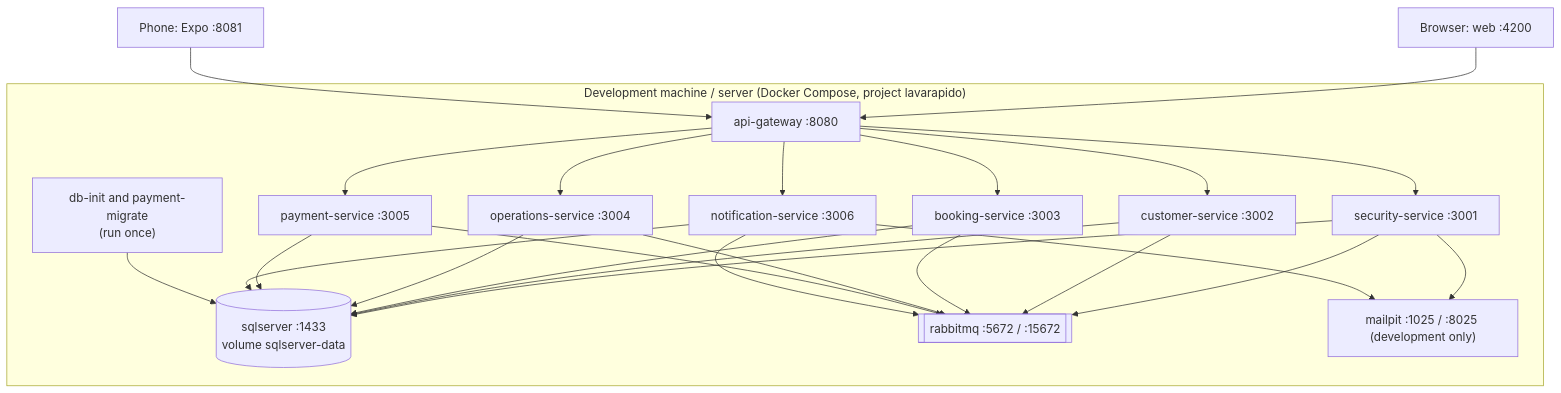
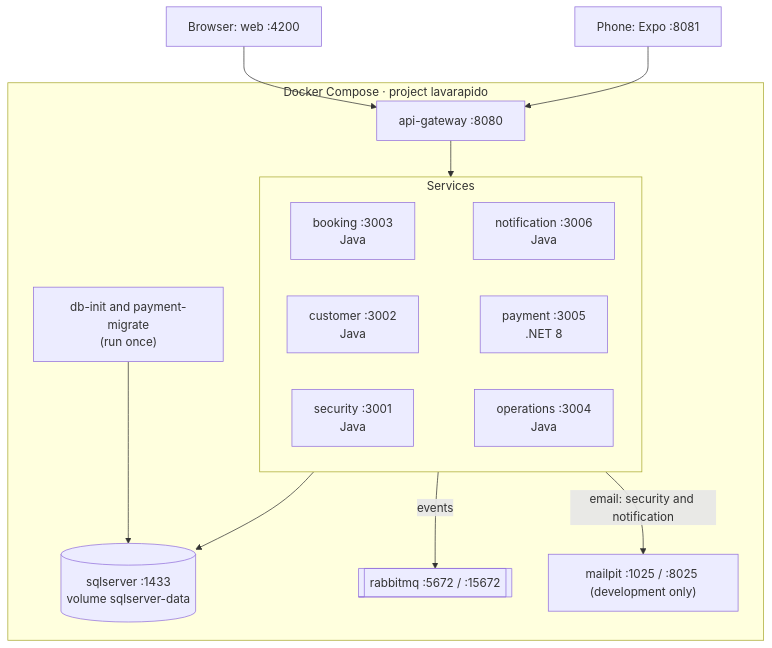
One commit to BrayanCABRERA123/lavarapido-docs changed the fourth of 19 diagrams in 04_DOCUMENTACION_DE_DISENO_DEL_SOFTWARE/EN/MD/software-design-documentation.md. Above: the diagram before and after it, drawn with Mermaid. The commit also changed other lines of this file and 7 other files, not shown here.

Commit message:
docs(design): correct the design against the code and list the ports under each figure (1.4)

````diff
--- a/04_DOCUMENTACION_DE_DISENO_DEL_SOFTWARE/EN/MD/software-design-documentation.md
+++ b/04_DOCUMENTACION_DE_DISENO_DEL_SOFTWARE/EN/MD/software-design-documentation.md
@@ -353,23 +367,31 @@
 ```mermaid
 flowchart TB
-  subgraph PC["Development machine / server (Docker Compose, project lavarapido)"]
+  NAV["Browser: web :4200"]
+  CEL["Phone: Expo :8081"]
+  subgraph PC["Docker Compose · project lavarapido"]
     GW["api-gateway :8080"]
-    SEC["security-service :3001"]
-    CUS["customer-service :3002"]
-    BOK["booking-service :3003"]
-    OPS["operations-service :3004"]
-    PAY["payment-service :3005"]
-    NOT["notification-service :3006"]
+    subgraph SVC["Services"]
+      direction LR
+      SEC["security :3001<br/>Java"]
+      CUS["customer :3002<br/>Java"]
+      BOK["booking :3003<br/>Java"]
+      OPS["operations :3004<br/>Java"]
+      PAY["payment :3005<br/>.NET 8"]
+      NOT["notification :3006<br/>Java"]
+      BOK ~~~ NOT
+      CUS ~~~ PAY
+      SEC ~~~ OPS
+    end
     DB[("sqlserver :1433<br/>volume sqlserver-data")]
     MQ[["rabbitmq :5672 / :15672"]]
     MAIL["mailpit :1025 / :8025 (development only)"]
     INIT["db-init and payment-migrate<br/>(run once)"]
   end
-  NAV["Browser: web :4200"] --> GW
-  CEL["Phone: Expo :8081"] --> GW
-  GW --> SEC & CUS & BOK & OPS & PAY & NOT
-  SEC & CUS & BOK & OPS & PAY & NOT --> DB
-  SEC & CUS & BOK & OPS & PAY & NOT --> MQ
-  SEC & NOT --> MAIL
+  NAV --> GW
+  CEL --> GW
+  GW --> SVC
+  SVC --> DB
+  SVC -->|events| MQ
+  SVC -->|"email: security and notification"| MAIL
   INIT --> DB
 ```
````
